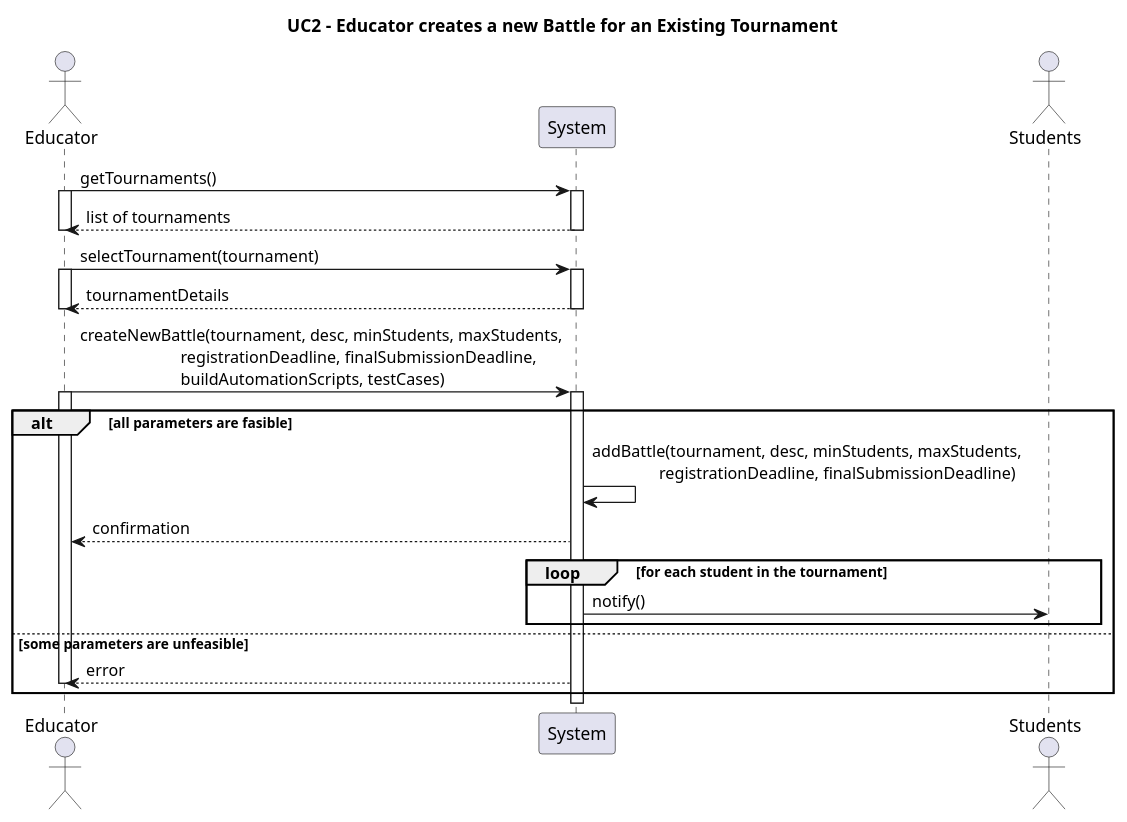
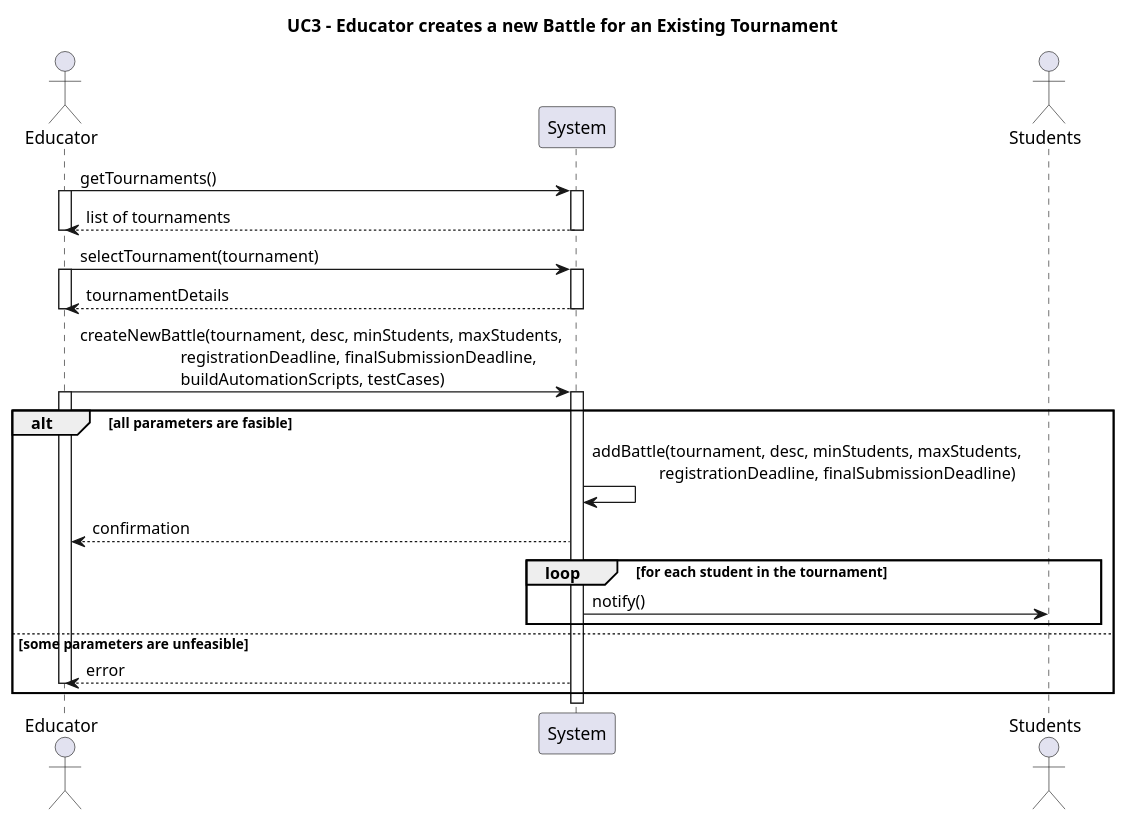
One commit to Furrrlo/CodeKataBattle changed the diagram in rasd/puml/UC3.puml. Above: the diagram before and after it, drawn with PlantUML. The commit also changed 5 other files, not shown here.

Commit message:
Fix seq diagram titles

```diff
--- a/rasd/puml/UC3.puml
+++ b/rasd/puml/UC3.puml
@@ -1,46 +1,46 @@
-@startuml UC2
-title UC2 - Educator creates a new Battle for an Existing Tournament    
+@startuml UC3
+title UC3 - Educator creates a new Battle for an Existing Tournament    
 
 actor Educator
 
 participant System
 actor Students
 
 Educator -> System ++: getTournaments()
 activate Educator
 System --> Educator--: list of tournaments
 deactivate Educator
 
 Educator -> System ++: selectTournament(tournament)
 activate Educator
 System --> Educator--: tournamentDetails
 deactivate Educator
 
 Educator -> System ++: createNewBattle(tournament, desc, minStudents, maxStudents,\n\t\t\tregistrationDeadline, finalSubmissionDeadline,\n\t\t\tbuildAutomationScripts, testCases)
 
 alt all parameters are fasible
     activate Educator
 
     System -> System: addBattle(tournament, desc, minStudents, maxStudents,\n\t\tregistrationDeadline, finalSubmissionDeadline)
 
     System --> Educator: confirmation
     
 
     loop for each student in the tournament
         System -> Students : notify()
 
     end
 
 else some parameters are unfeasible
     System --> Educator: error
     deactivate Educator
 end
 
 
 
 
 
 
 
 
 @enduml
```
